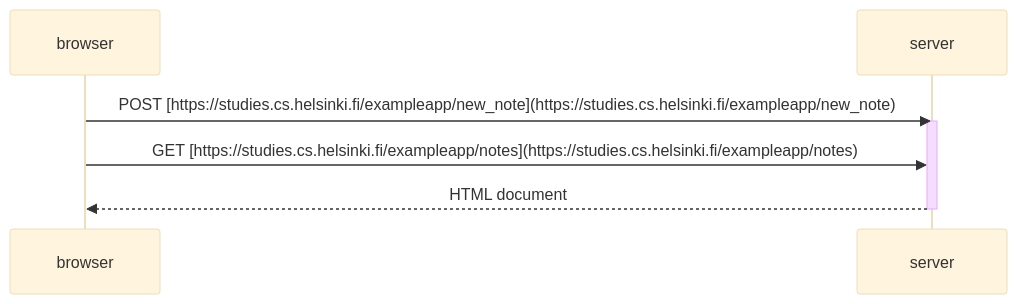
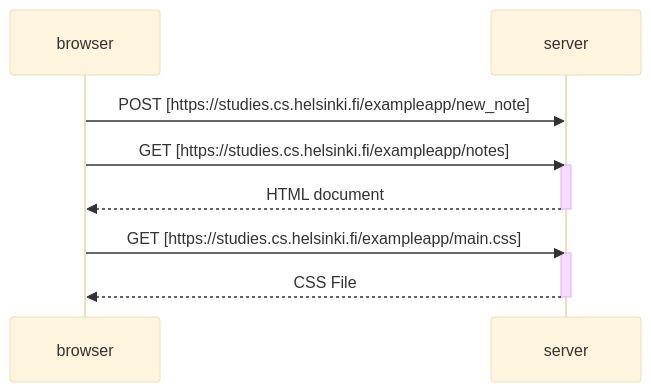
One commit to JNeed/JN_Helsinki_Course changed the diagram in add_note_mermaid.md. Above: the diagram before and after it, drawn with Mermaid (base theme).

Commit message:
Update add_note_mermaid.md
Added GET requests for HTML and CSS files

````diff
--- a/add_note_mermaid.md
+++ b/add_note_mermaid.md
@@ -1,10 +1,15 @@
 ```mermaid
 sequenceDiagram
     participant browser
     participant server
- browser->>server: POST [https://studies.cs.helsinki.fi/exampleapp/new_note](https://studies.cs.helsinki.fi/exampleapp/new_note)
+ browser->>server: POST [https://studies.cs.helsinki.fi/exampleapp/new_note]
+ browser->>server: GET [https://studies.cs.helsinki.fi/exampleapp/notes]
     activate server
- browser->>server: GET [https://studies.cs.helsinki.fi/exampleapp/notes](https://studies.cs.helsinki.fi/exampleapp/notes)
     server-->>browser: HTML document
     deactivate server
+ browser->>server: GET [https://studies.cs.helsinki.fi/exampleapp/main.css]
+    activate server
+    server-->>browser: CSS File
+    deactivate server
+
 ```
````
